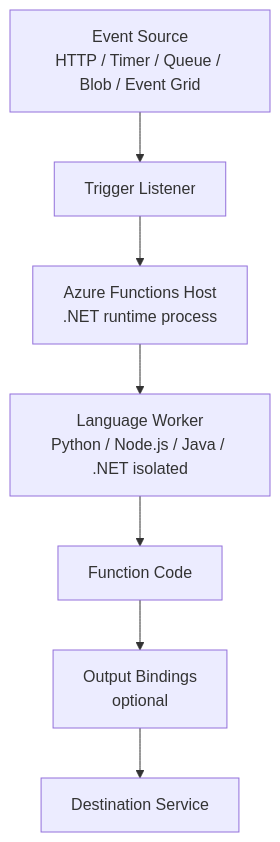
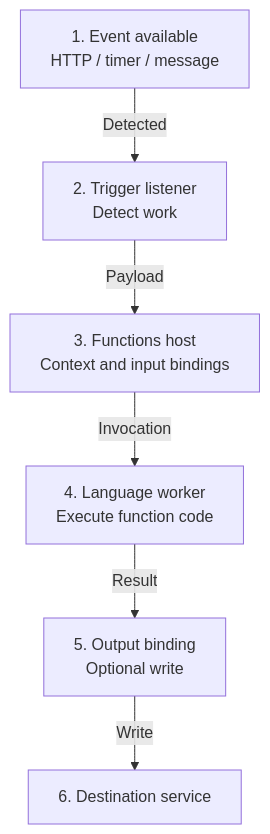
One commit to yeongseon/azure-functions-practical-guide changed the third of 8 diagrams in docs/platform/architecture/index.md. Above: the diagram before and after it, drawn with Mermaid. The commit also changed other lines of this file and 1 other file, not shown here.

First line of the commit message:
docs(diagrams): migrate host architecture to typed Mermaid

````diff
--- a/docs/platform/architecture/index.md
+++ b/docs/platform/architecture/index.md
@@ -229,9 +252,16 @@
 ```mermaid
 flowchart TD
-    E["Event Source<br/>HTTP / Timer / Queue / Blob / Event Grid"] --> T["Trigger Listener"]
-    T --> H["Azure Functions Host<br/>.NET runtime process"]
-    H --> W["Language Worker<br/>Python / Node.js / Java / .NET isolated"]
-    W --> C["Function Code"]
-    C --> O["Output Bindings<br/>optional"]
-    O --> D["Destination Service"]
+    accTitle: In what order does an invocation run?
+    accDescr: Logical invocation stages, not network topology. A trigger is detected, the host coordinates bindings and worker execution, and optional output bindings write to a destination. In-process .NET executes code within the host instead.
+    E["1. Event available<br/>HTTP / timer / message"]
+    T["2. Trigger listener<br/>Detect work"]
+    H["3. Functions host<br/>Context and input bindings"]
+    W["4. Language worker<br/>Execute function code"]
+    O["5. Output binding<br/>Optional write"]
+    D["6. Destination service"]
+    E -->|"Detected"| T
+    T -->|"Payload"| H
+    H -->|"Invocation"| W
+    W -->|"Result"| O
+    O -->|"Write"| D
 ```
````
